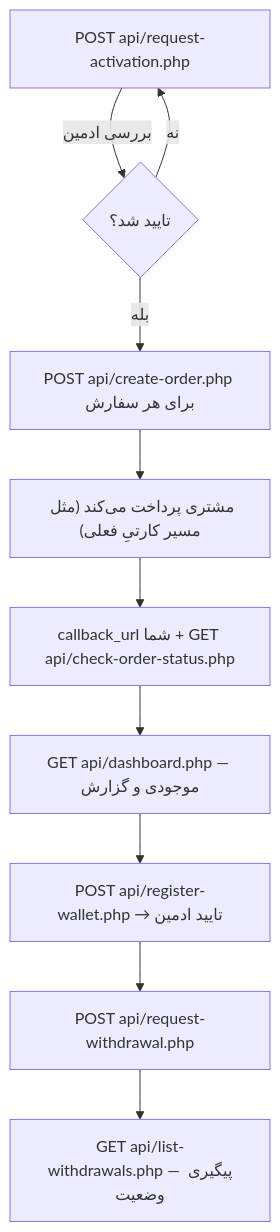
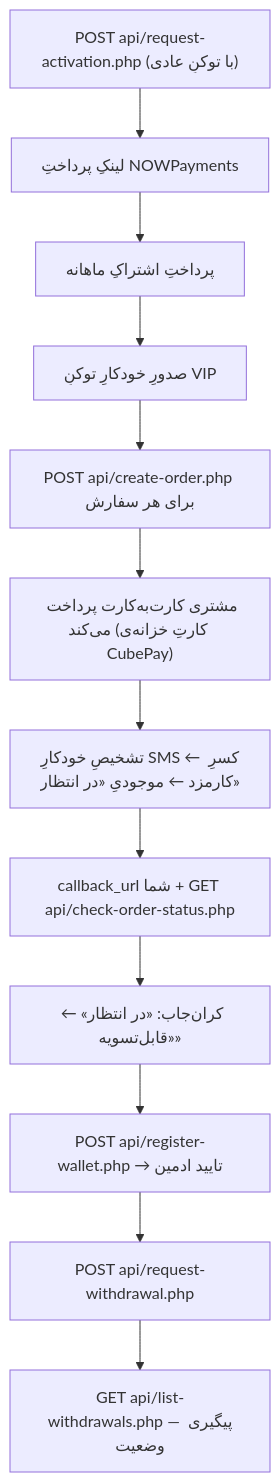
Before and after one commit to cubepy/cubepay-doc: the diagram in docs/CUBEPAY-VIP-API-REFERENCE.md, drawn with Mermaid. The commit also changed other lines of this file and 4 other files, not shown here.

First line of the commit message:
Update CubePay VIP docs to match the shipped implementation

````diff
--- a/docs/CUBEPAY-VIP-API-REFERENCE.md
+++ b/docs/CUBEPAY-VIP-API-REFERENCE.md
@@ -25,12 +33,14 @@
 ```mermaid
 flowchart TD
-    A["POST api/request-activation.php"] -->|بررسی ادمین| B{تایید شد؟}
-    B -->|نه| A
-    B -->|بله| C["POST api/create-order.php برای هر سفارش"]
-    C --> D["مشتری پرداخت می‌کند (مثل مسیر کارتیِ فعلی)"]
-    D --> E["callback_url شما + GET api/check-order-status.php"]
-    E --> F["GET api/dashboard.php — موجودی و گزارش"]
-    F --> G["POST api/register-wallet.php → تایید ادمین"]
-    G --> H["POST api/request-withdrawal.php"]
-    H --> I["GET api/list-withdrawals.php — پیگیری وضعیت"]
+    A["POST api/request-activation.php (با توکنِ عادی)"] --> B["لینکِ پرداختِ NOWPayments"]
+    B --> C["پرداختِ اشتراکِ ماهانه"]
+    C --> D["صدورِ خودکارِ توکنِ VIP"]
+    D --> E["POST api/create-order.php برای هر سفارش"]
+    E --> F["مشتری کارت‌به‌کارت پرداخت می‌کند (کارتِ خزانه‌ی CubePay)"]
+    F --> G["تشخیصِ خودکارِ SMS ← کسرِ کارمزد ← موجودیِ «در انتظار»"]
+    G --> H["callback_url شما + GET api/check-order-status.php"]
+    H --> I["کران‌جاب: «در انتظار» ← «قابل‌تسویه»"]
+    I --> J["POST api/register-wallet.php → تایید ادمین"]
+    J --> K["POST api/request-withdrawal.php"]
+    K --> L["GET api/list-withdrawals.php — پیگیری وضعیت"]
 ```
````
